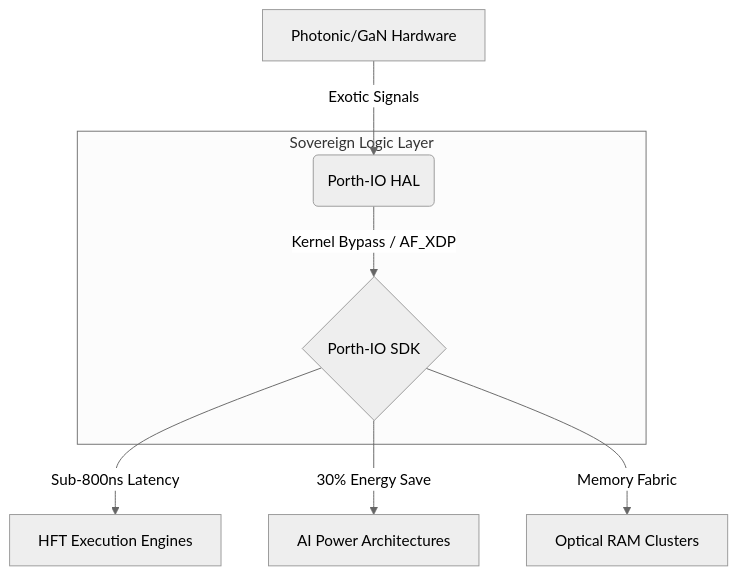
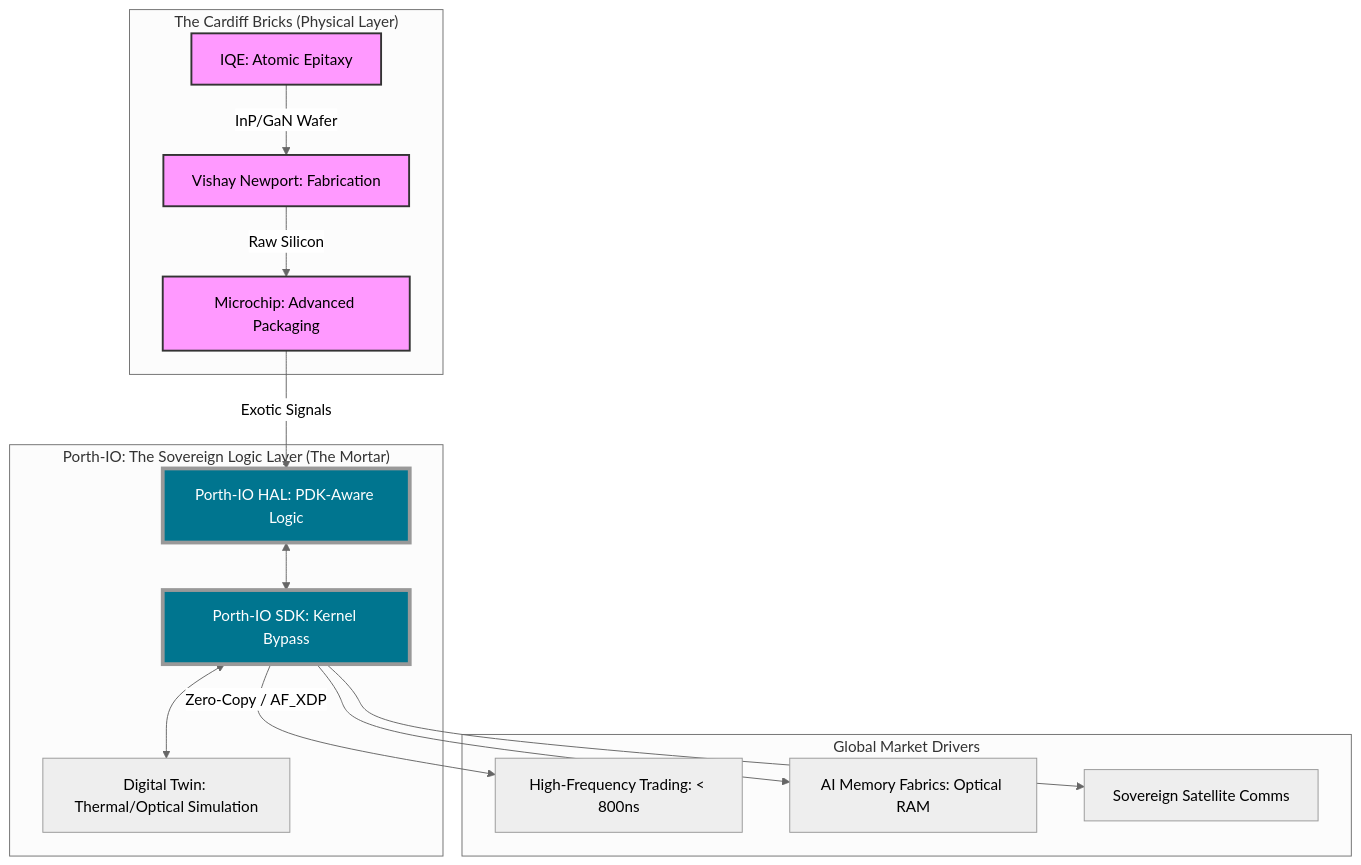
One commit to Porth-IO/porth-core changed the diagram in README.md. Above: the diagram before and after it, drawn with Mermaid (neutral theme). The commit also changed 37 other files, not shown here.

````diff
--- a/README.md
+++ b/README.md
@@ -30,13 +30,33 @@
 ```mermaid
 graph TD
-    A[Photonic/GaN Hardware] -->|Exotic Signals| B(Porth-IO HAL)
-    B -->|Kernel Bypass / AF_XDP| C{Porth-IO SDK}
-    C -->|Sub-800ns Latency| D[HFT Execution Engines]
-    C -->|30% Energy Save| E[AI Power Architectures]
-    C -->|Memory Fabric| F[Optical RAM Clusters]
-    
-    subgraph "Sovereign Logic Layer"
-    B
-    C
+    subgraph "The Cardiff Bricks (Physical Layer)"
+        IQE[IQE: Atomic Epitaxy] -->|InP/GaN Wafer| VN[Vishay Newport: Fabrication]
+        VN -->|Raw Silicon| MC[Microchip: Advanced Packaging]
     end
+
+    subgraph "Porth-IO: The Sovereign Logic Layer (The Mortar)"
+        HAL[Porth-IO HAL: PDK-Aware Logic]
+        SDK[Porth-IO SDK: Kernel Bypass]
+        Sim[Digital Twin: Thermal/Optical Simulation]
+        
+        MC -->|Exotic Signals| HAL
+        HAL <--> SDK
+        SDK <--> Sim
+    end
+
+    subgraph "Global Market Drivers"
+        HFT[High-Frequency Trading: < 800ns]
+        AI[AI Memory Fabrics: Optical RAM]
+        Sat[Sovereign Satellite Comms]
+    end
+
+    SDK -->|Zero-Copy / AF_XDP| HFT
+    SDK --> AI
+    SDK --> Sat
+
+    style IQE fill:#f9f,stroke:#333,stroke-width:2px
+    style VN fill:#f9f,stroke:#333,stroke-width:2px
+    style MC fill:#f9f,stroke:#333,stroke-width:2px
+    style HAL fill:#00758f,color:#fff,stroke-width:4px
+    style SDK fill:#00758f,color:#fff,stroke-width:4px
 ```
````
